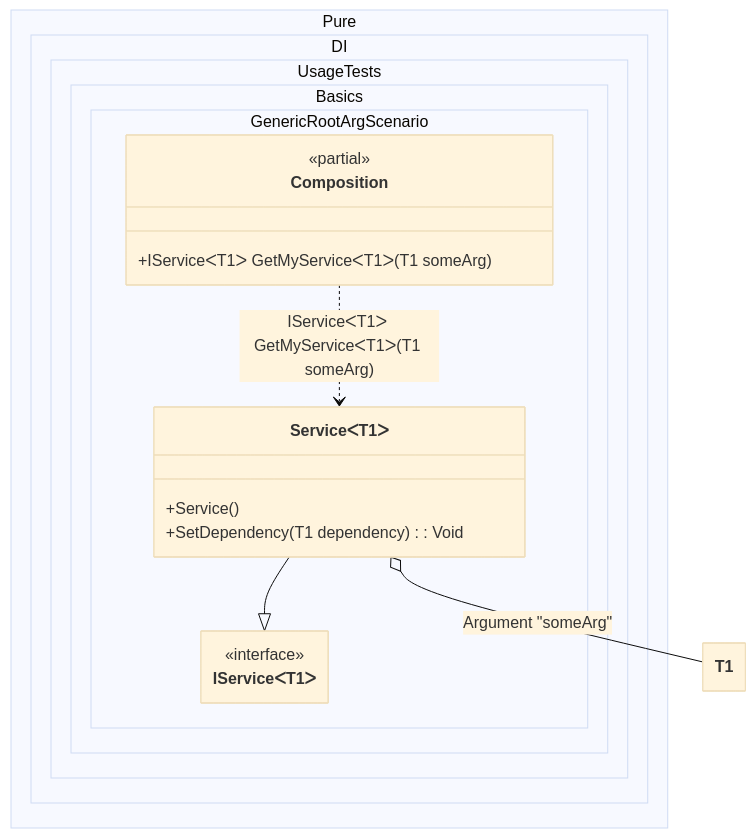
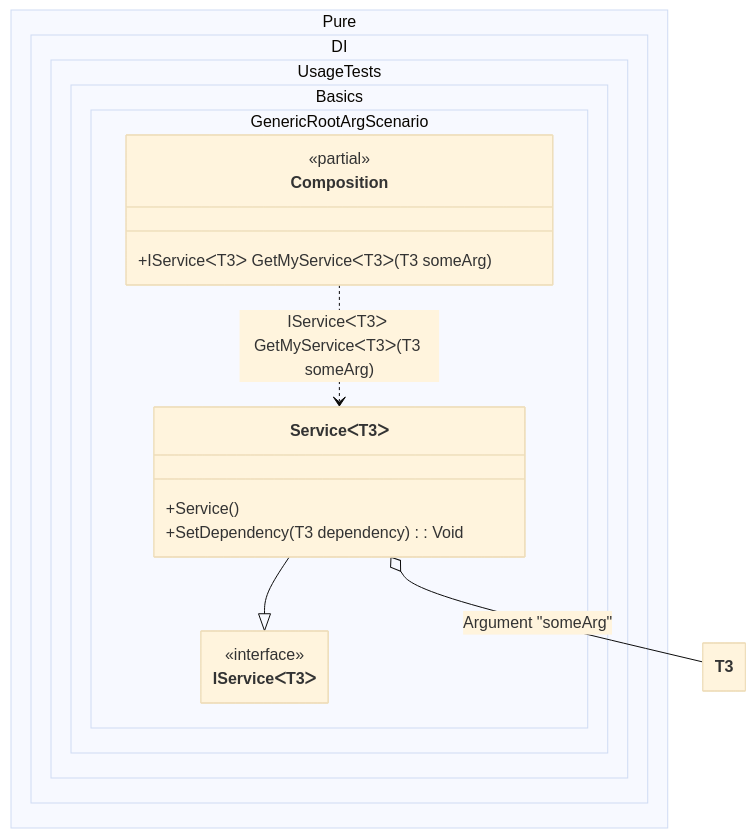
The diagram in readme/generic-root-arguments.md (DevTeam/Pure.DI), drawn with Mermaid (base theme) before and after one commit. The commit also changed other lines of this file and 42 other files, not shown here.

````diff
--- a/readme/generic-root-arguments.md
+++ b/readme/generic-root-arguments.md
@@ -92,24 +92,24 @@
 ```mermaid
 ---
  config:
   class:
    hideEmptyMembersBox: true
 ---
 classDiagram
-	ServiceᐸT1ᐳ --|> IServiceᐸT1ᐳ
-	Composition ..> ServiceᐸT1ᐳ : IServiceᐸT1ᐳ GetMyServiceᐸT1ᐳ(T1 someArg)
-	ServiceᐸT1ᐳ o-- T1 : Argument "someArg"
+	ServiceᐸT3ᐳ --|> IServiceᐸT3ᐳ
+	Composition ..> ServiceᐸT3ᐳ : IServiceᐸT3ᐳ GetMyServiceᐸT3ᐳ(T3 someArg)
+	ServiceᐸT3ᐳ o-- T3 : Argument "someArg"
 	namespace Pure.DI.UsageTests.Basics.GenericRootArgScenario {
 		class Composition {
 		<<partial>>
-		+IServiceᐸT1ᐳ GetMyServiceᐸT1ᐳ(T1 someArg)
+		+IServiceᐸT3ᐳ GetMyServiceᐸT3ᐳ(T3 someArg)
 		}
-		class IServiceᐸT1ᐳ {
+		class IServiceᐸT3ᐳ {
 			<<interface>>
 		}
-		class ServiceᐸT1ᐳ {
+		class ServiceᐸT3ᐳ {
 			+Service()
-			+SetDependency(T1 dependency) : Void
+			+SetDependency(T3 dependency) : Void
 		}
 	}
 ```
````
